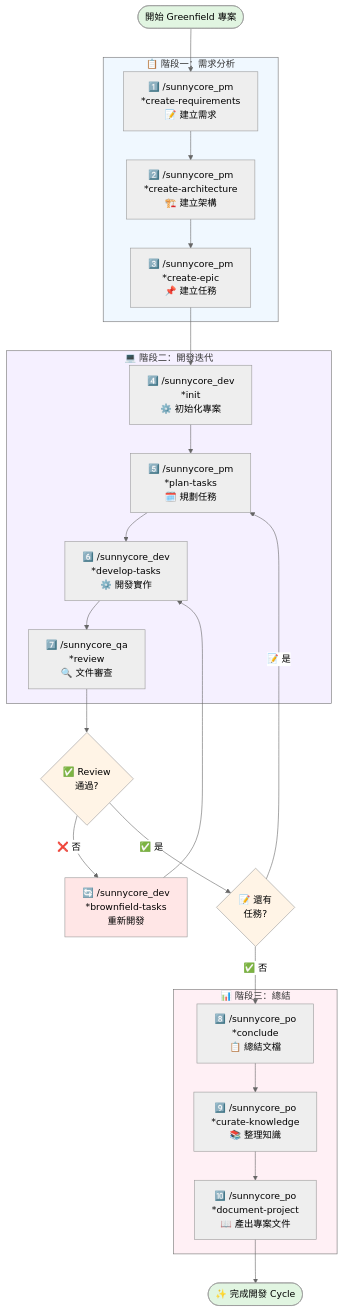
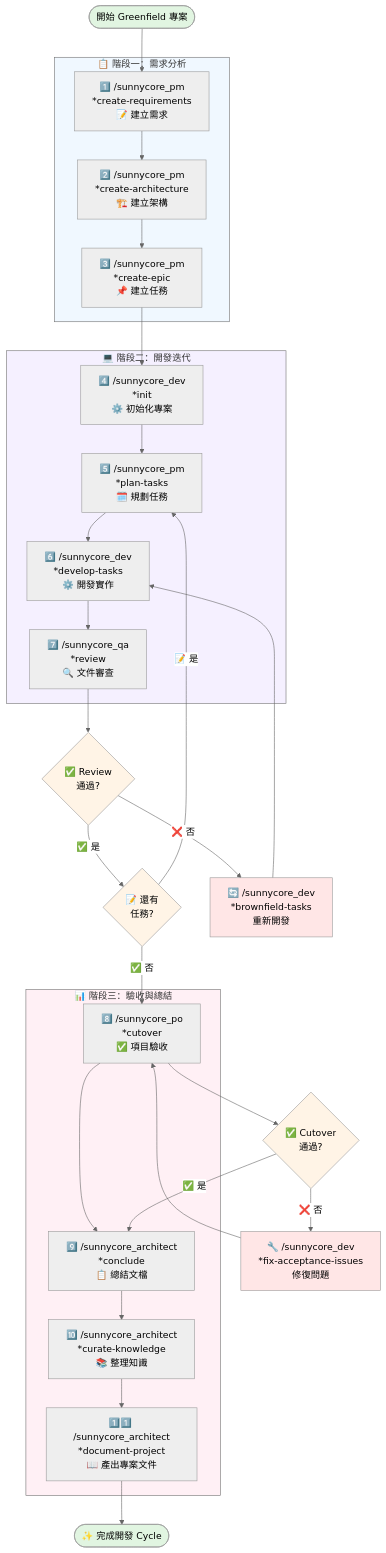
One commit to Yamiyorunoshura/sunnycore changed the first of 2 diagrams in claude code/README.md. Above: the diagram before and after it, drawn with Mermaid (neutral theme). The commit also changed other lines of this file and 8 other files, not shown here.

First line of the commit message:
feat(workflow)!: add cutover acceptance flow and architect role

````diff
--- a/claude code/README.md
+++ b/claude code/README.md
@@ -81,50 +86,60 @@
 ```mermaid
 flowchart TD
     Start([開始 Greenfield 專案]) --> A1
     
     subgraph Phase1 ["📋 階段一：需求分析"]
         A1["1️⃣ /sunnycore_pm<br/>*create-requirements<br/>📝 建立需求"]
         A2["2️⃣ /sunnycore_pm<br/>*create-architecture<br/>🏗️ 建立架構"]
         A3["3️⃣ /sunnycore_pm<br/>*create-epic<br/>📌 建立任務"]
         A1 --> A2 --> A3
     end
     
     subgraph Phase2 ["💻 階段二：開發迭代"]
         B0["4️⃣ /sunnycore_dev<br/>*init<br/>⚙️ 初始化專案"]
         B1["5️⃣ /sunnycore_pm<br/>*plan-tasks<br/>🗓️ 規劃任務"]
         B2["6️⃣ /sunnycore_dev<br/>*develop-tasks<br/>⚙️ 開發實作"]
         B3["7️⃣ /sunnycore_qa<br/>*review<br/>🔍 文件審查"]
         B0 --> B1 --> B2 --> B3
     end
     
     D1{"✅ Review<br/>通過?"}
     D2{"📝 還有<br/>任務?"}
     R1["🔄 /sunnycore_dev<br/>*brownfield-tasks<br/>重新開發"]
     
-    subgraph Phase3 ["📊 階段三：總結"]
-        C1["8️⃣ /sunnycore_po<br/>*conclude<br/>📋 總結文檔"]
-        C2["9️⃣ /sunnycore_po<br/>*curate-knowledge<br/>📚 整理知識"]
-        C3["🔟 /sunnycore_po<br/>*document-project<br/>📖 產出專案文件"]
-        C1 --> C2 --> C3
+    subgraph Phase3 ["📊 階段三：驗收與總結"]
+        C0["8️⃣ /sunnycore_po<br/>*cutover<br/>✅ 項目驗收"]
+        C1["9️⃣ /sunnycore_architect<br/>*conclude<br/>📋 總結文檔"]
+        C2["🔟 /sunnycore_architect<br/>*curate-knowledge<br/>📚 整理知識"]
+        C3["1️⃣1️⃣ /sunnycore_architect<br/>*document-project<br/>📖 產出專案文件"]
+        C0 --> C1 --> C2 --> C3
     end
+    
+    D3{"✅ Cutover<br/>通過?"}
+    R2["🔧 /sunnycore_dev<br/>*fix-acceptance-issues<br/>修復問題"]
     
     Done([✨ 完成開發 Cycle])
     
     A3 --> B0
     B3 --> D1
     D1 -->|"❌ 否"| R1
     R1 --> B2
     D1 -->|"✅ 是"| D2
     D2 -->|"📝 是"| B1
-    D2 -->|"✅ 否"| C1
+    D2 -->|"✅ 否"| C0
+    C0 --> D3
+    D3 -->|"❌ 否"| R2
+    R2 --> C0
+    D3 -->|"✅ 是"| C1
     C3 --> Done
     
     style Start fill:#e1f5e1
     style Done fill:#e1f5e1
     style D1 fill:#fff4e6
     style D2 fill:#fff4e6
+    style D3 fill:#fff4e6
     style R1 fill:#ffe6e6
+    style R2 fill:#ffe6e6
     style Phase1 fill:#f0f8ff
     style Phase2 fill:#f5f0ff
     style Phase3 fill:#fff0f5
 ```
````
